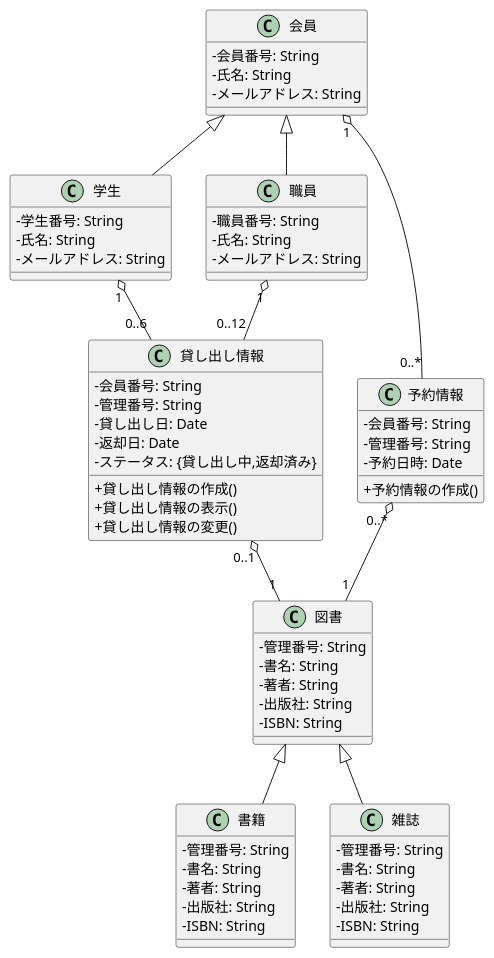
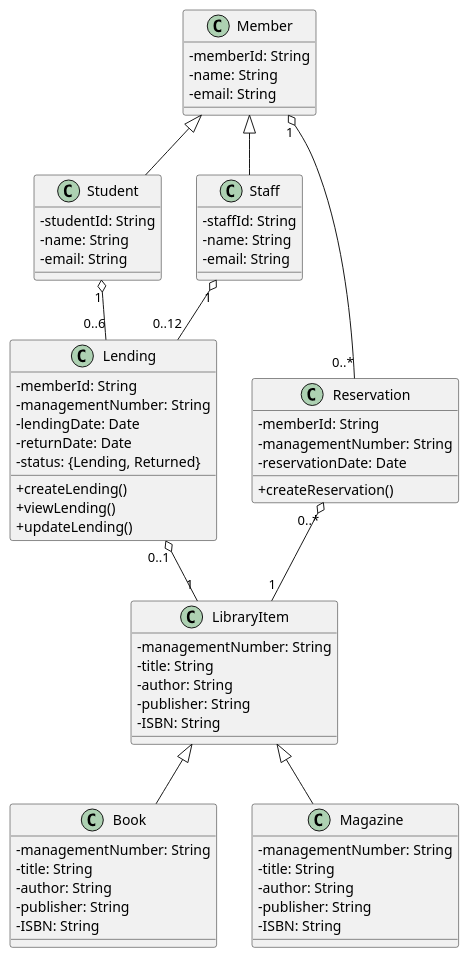
The diagram in kouka2/class.pu (FujikawaHirono0520/group3_1_dogdog), drawn with PlantUML before and after one commit.

Commit message:
【変更】英文化

```diff
--- a/kouka2/class.pu
+++ b/kouka2/class.pu
@@ -1,84 +1,84 @@
 @startuml .
 skinparam classAttributeIconSize 0
 
-class 会員{
-  - 会員番号: String
-  - 氏名: String
-  - メールアドレス: String
+class Member {
+  - memberId: String
+  - name: String
+  - email: String
 }
 
-class 学生{
-  - 学生番号: String
-  - 氏名: String
-  - メールアドレス: String
+class Student {
+  - studentId: String
+  - name: String
+  - email: String
 }
 
-class 職員{
-  - 職員番号: String
-  - 氏名: String
-  - メールアドレス: String
+class Staff {
+  - staffId: String
+  - name: String
+  - email: String
 }
 
-class 予約情報{
-  - 会員番号: String
-  - 管理番号: String
-  - 予約日時: Date
+class Reservation {
+  - memberId: String
+  - managementNumber: String
+  - reservationDate: Date
 
-  + 予約情報の作成()
+  + createReservation()
 }
 
-class 貸し出し情報{
-  - 会員番号: String
-  - 管理番号: String
-  - 貸し出し日: Date
-  - 返却日: Date
-  - ステータス: {貸し出し中,返却済み}
+class Lending {
+  - memberId: String
+  - managementNumber: String
+  - lendingDate: Date
+  - returnDate: Date
+  - status: {Lending, Returned}
 
-  + 貸し出し情報の作成()
-  + 貸し出し情報の表示()
-  + 貸し出し情報の変更()
+  + createLending()
+  + viewLending()
+  + updateLending()
 }
 
-class 図書{
-  - 管理番号: String
-  - 書名: String
-  - 著者: String
-  - 出版社: String
+class LibraryItem {
+  - managementNumber: String
+  - title: String
+  - author: String
+  - publisher: String
   - ISBN: String
 }
 
-class 書籍{
-  - 管理番号: String
-  - 書名: String
-  - 著者: String
-  - 出版社: String
+class Book {
+  - managementNumber: String
+  - title: String
+  - author: String
+  - publisher: String
   - ISBN: String
 }
 
-class 雑誌{
-  - 管理番号: String
-  - 書名: String
-  - 著者: String
-  - 出版社: String
+class Magazine {
+  - managementNumber: String
+  - title: String
+  - author: String
+  - publisher: String
   - ISBN: String
 }
 
-会員 <|-- 学生
+Member <|-- Student
 
-会員 <|-- 職員
+Member <|-- Staff
 
-図書 <|-- 書籍
+LibraryItem <|-- Book
 
-図書 <|-- 雑誌
+LibraryItem <|-- Magazine
 
-学生 "1" o-- "0..6" 貸し出し情報
+Student "1" o-- "0..6" Lending
 
-職員 "1" o-- "0..12" 貸し出し情報
+Staff "1" o-- "0..12" Lending
 
-会員 "1" o-- "0..*" 予約情報
+Member "1" o-- "0..*" Reservation
 
-貸し出し情報 "0..1" o-- "1" 図書
+Lending "0..1" o-- "1" LibraryItem
 
-予約情報 "0..*" o-- "1" 図書
+Reservation "0..*" o-- "1" LibraryItem
 
 @enduml
```
